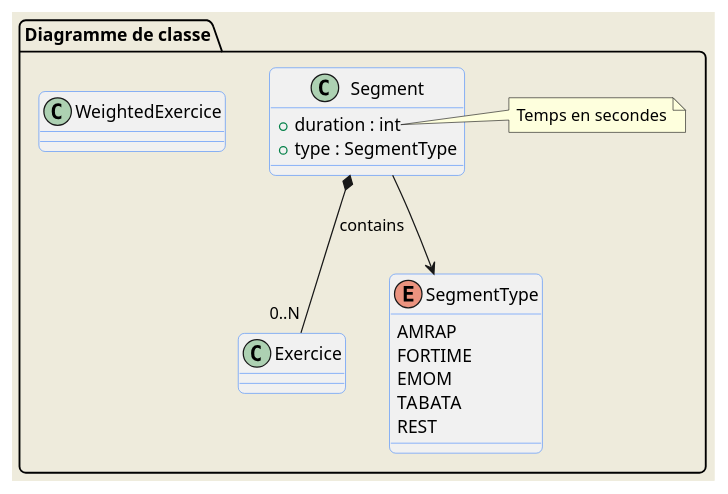
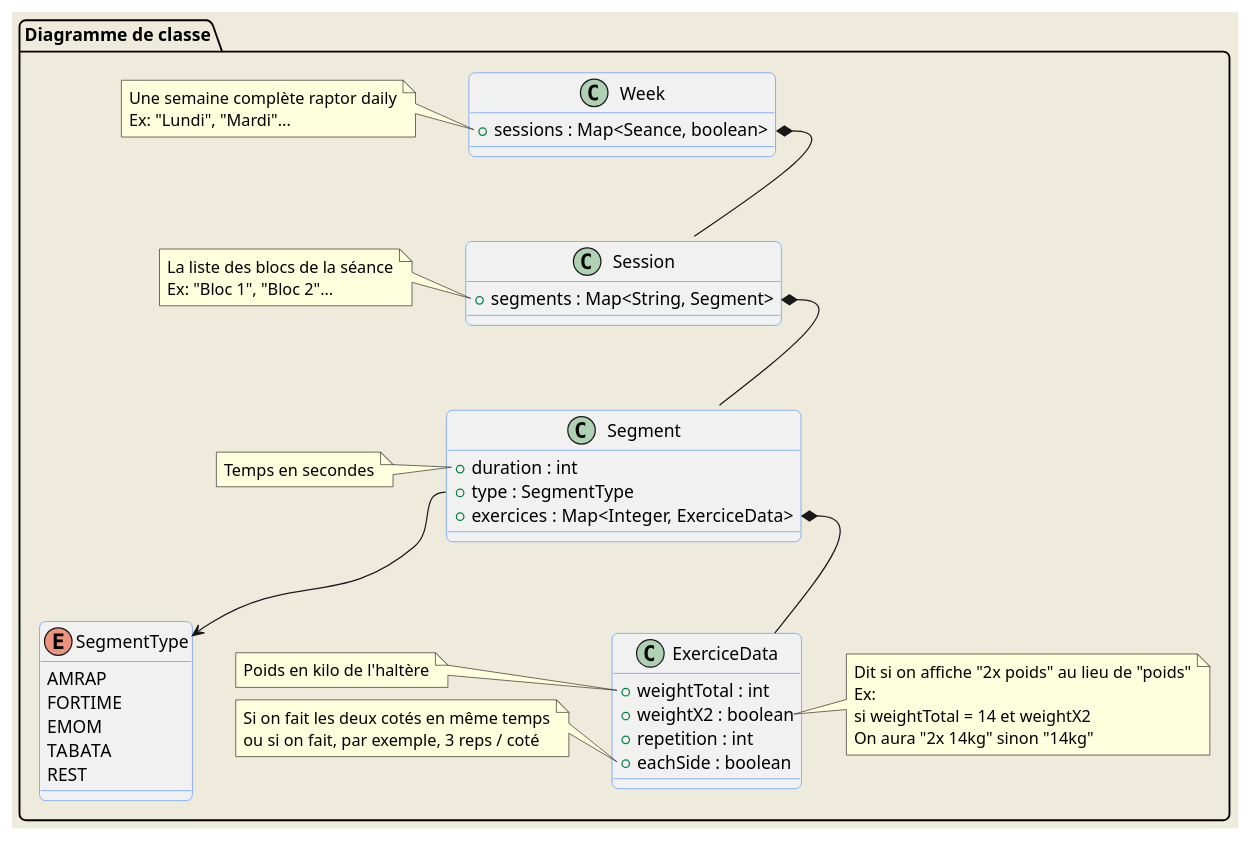
One commit to Fabccc/MuscleHack changed the second of 2 diagrams in umldiagrams.md. Above: the diagram before and after it, drawn with PlantUML.

Commit message:
Added class diagram

````diff
--- a/umldiagrams.md
+++ b/umldiagrams.md
@@ -27,46 +27,81 @@
 ```plantuml
 @startuml
 skinparam backgroundColor #EEEBDC
 skinparam roundcorner 10
 skinparam class {
 BorderColor #4A8CFC
 }
 
 package "Diagramme de classe" {
 
-  class Exercice{
-
+  class Session{
+    + segments : Map<String, Segment>
   }
 
-  class WeightedExercice{
-
+  class Week{
+    + sessions : Map<Seance, boolean>
   }
 
   enum SegmentType{
     AMRAP
     FORTIME
     EMOM
     TABATA
     REST
   }
 
   class Segment{
     + duration : int
     + type : SegmentType
+    + exercices : Map<Integer, ExerciceData>
+  }
+
+  class ExerciceData{
+    + weightTotal : int
+    + weightX2 : boolean
+    + repetition : int
+    + eachSide : boolean
   }
 
 ' Notes
 
-  note right of Segment::duration
+  note left of Segment::duration
     Temps en secondes
+  end note
+
+  note left of ExerciceData::weightTotal
+    Poids en kilo de l'haltère
+  end note
+
+  note right of ExerciceData::weightX2
+    Dit si on affiche "2x poids" au lieu de "poids"
+    Ex: 
+    si weightTotal = 14 et weightX2
+    On aura "2x 14kg" sinon "14kg"
+  end note
+
+  note left of ExerciceData::eachSide
+    Si on fait les deux cotés en même temps
+    ou si on fait, par exemple, 3 reps / coté
+  end note
+
+  note left of Session::segments
+    La liste des blocs de la séance
+    Ex: "Bloc 1", "Bloc 2"...
+  end note
+
+  note left of Week::sessions
+    Une semaine complète raptor daily
+    Ex: "Lundi", "Mardi"...
   end note
 
 ' Lien entre classes
 
-  Segment --> SegmentType
-  Segment *-- "0..N" Exercice : contains
-
+  Segment::type --> SegmentType
+  Segment::exercices *-- ExerciceData
+  Session::segments *-- Segment
+  Week::sessions *-- Session
 }
 
 @enduml
 ```
````
